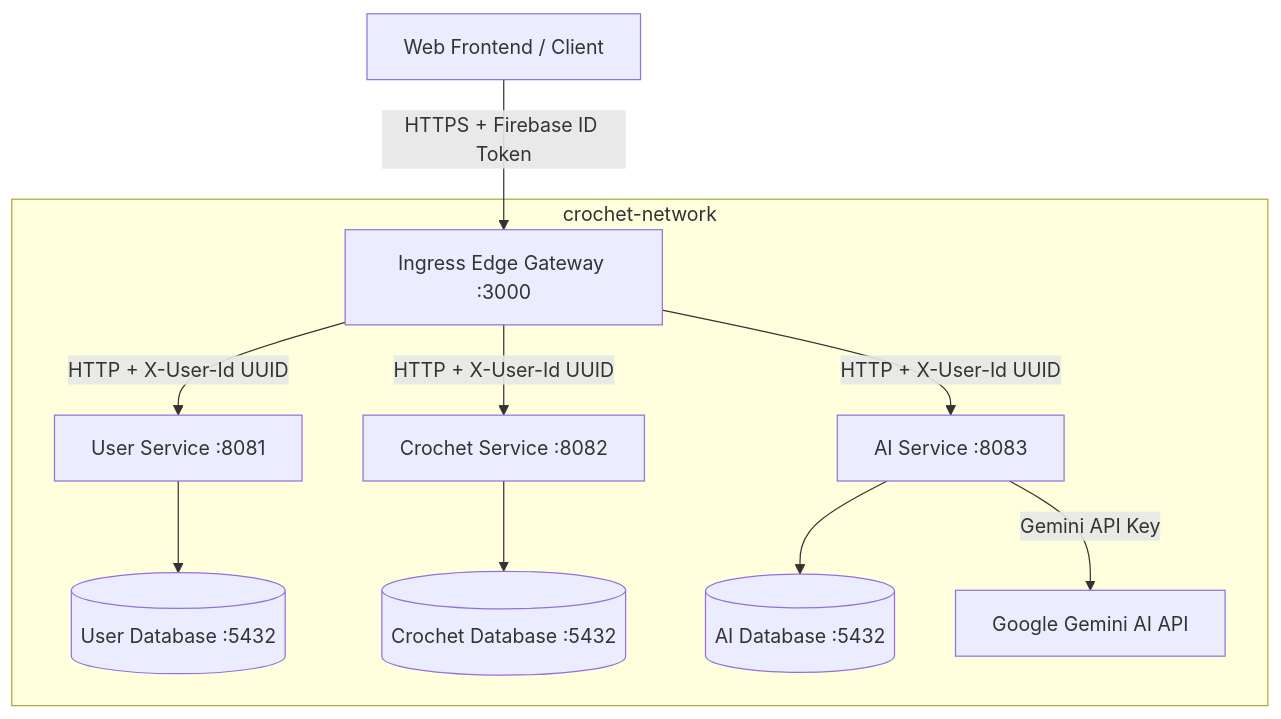
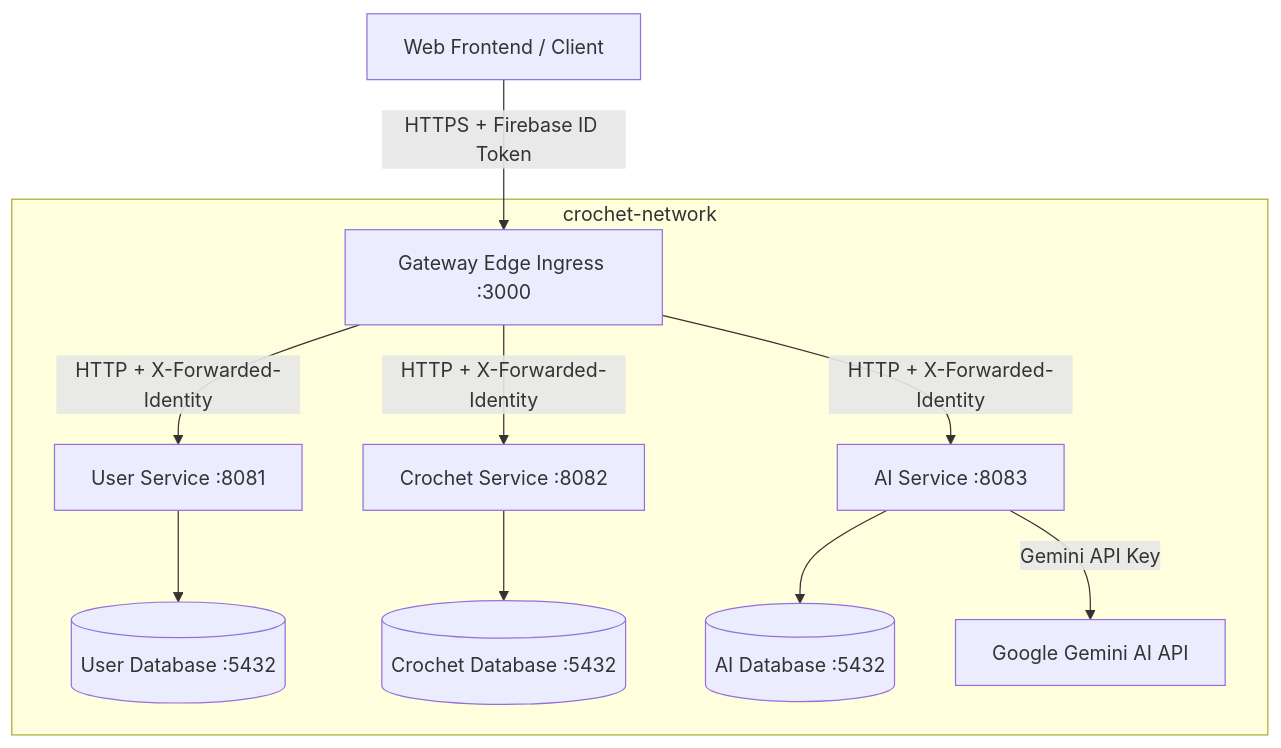
The diagram in security_spec.md (shruti910/my-yarn-diary), drawn with Mermaid before and after one commit. The commit also changed other lines of this file and 2 other files, not shown here.

````diff
--- a/security_spec.md
+++ b/security_spec.md
@@ -11,14 +11,15 @@
 ```mermaid
 graph TD
-    Client[Web Frontend / Client] -->|HTTPS + Firebase ID Token| Gateway[Ingress Edge Gateway :3000]
+    Client[Web Frontend / Client] -->|HTTPS + Firebase ID Token| Gateway[Gateway Edge Ingress :3000]
+    
     subgraph Private Network [crochet-network]
-        Gateway -->|HTTP + X-User-Id UUID| UserService[User Service :8081]
-        Gateway -->|HTTP + X-User-Id UUID| CrochetService[Crochet Service :8082]
-        Gateway -->|HTTP + X-User-Id UUID| AiService[AI Service :8083]
+        Gateway -->|HTTP + X-Forwarded-Identity| UserService[User Service :8081]
+        Gateway -->|HTTP + X-Forwarded-Identity| CrochetService[Crochet Service :8082]
+        Gateway -->|HTTP + X-Forwarded-Identity| AiService[AI Service :8083]
         
         UserService --> UserDb[(User Database :5432)]
         CrochetService --> CrochetDb[(Crochet Database :5432)]
         AiService --> AiDb[(AI Database :5432)]
         AiService -->|Gemini API Key| Gemini[Google Gemini AI API]
     end
 ```
````
